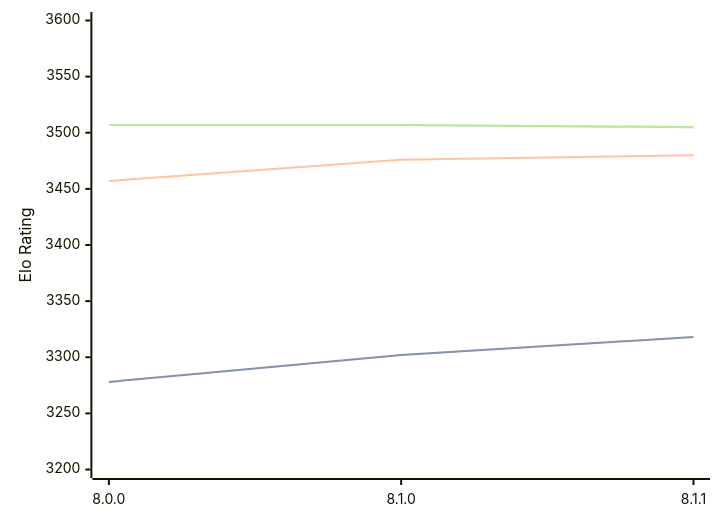
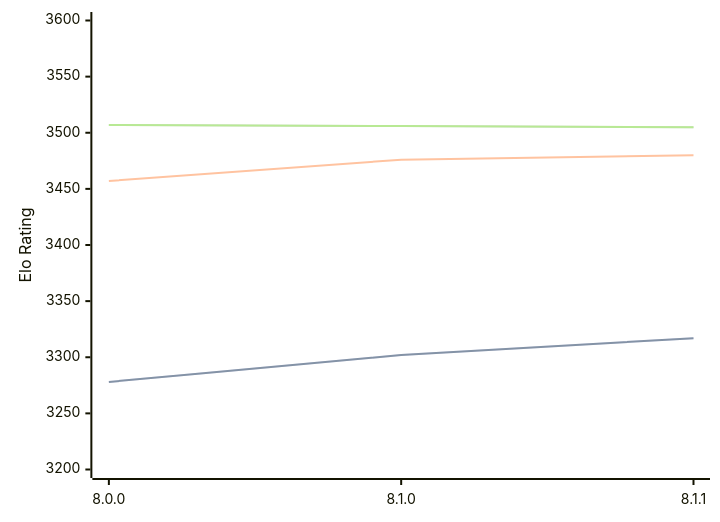
One commit to computer-chess-index/cci changed the diagram in engines/Velvet.md. Above: the diagram before and after it, drawn with Mermaid. The commit also changed other lines of this file, not shown here.

Commit message:
Update CCI Ratings (ELO VLTC) - 2026-04-28

````diff
--- a/engines/Velvet.md
+++ b/engines/Velvet.md
@@ -57,11 +57,11 @@
 ```mermaid
 %%{init: {"theme":"base","themeVariables":{"seriesColors:['#a3a3a3','#222221','#faa371']}}}%%
 xychart-beta
   x-axis ["8.0.0", "8.1.0", "8.1.1"]
   y-axis "Elo Rating" 3200 --> 3600
-  line "STC (8.0+0.08s)" [3278, 3302, 3318]
-  line "STC (8.0+0.08s)" [3278, 3302, 3318]
+  line "STC (8.0+0.08s)" [3278, 3302, 3317]
+  line "STC (8.0+0.08s)" [3278, 3302, 3317]
   line "LTC (60.0+0.60s)" [3457, 3476, 3480]
-  line "VLTC (2m24s+1.12s)" [3507, 3507, 3505]
-  line "VLTC (2m24s+1.12s)" [3507, 3507, 3505]
+  line "VLTC (2m24s+1.12s)" [3507, 3506, 3505]
+  line "VLTC (2m24s+1.12s)" [3507, 3506, 3505]
 ```
````
